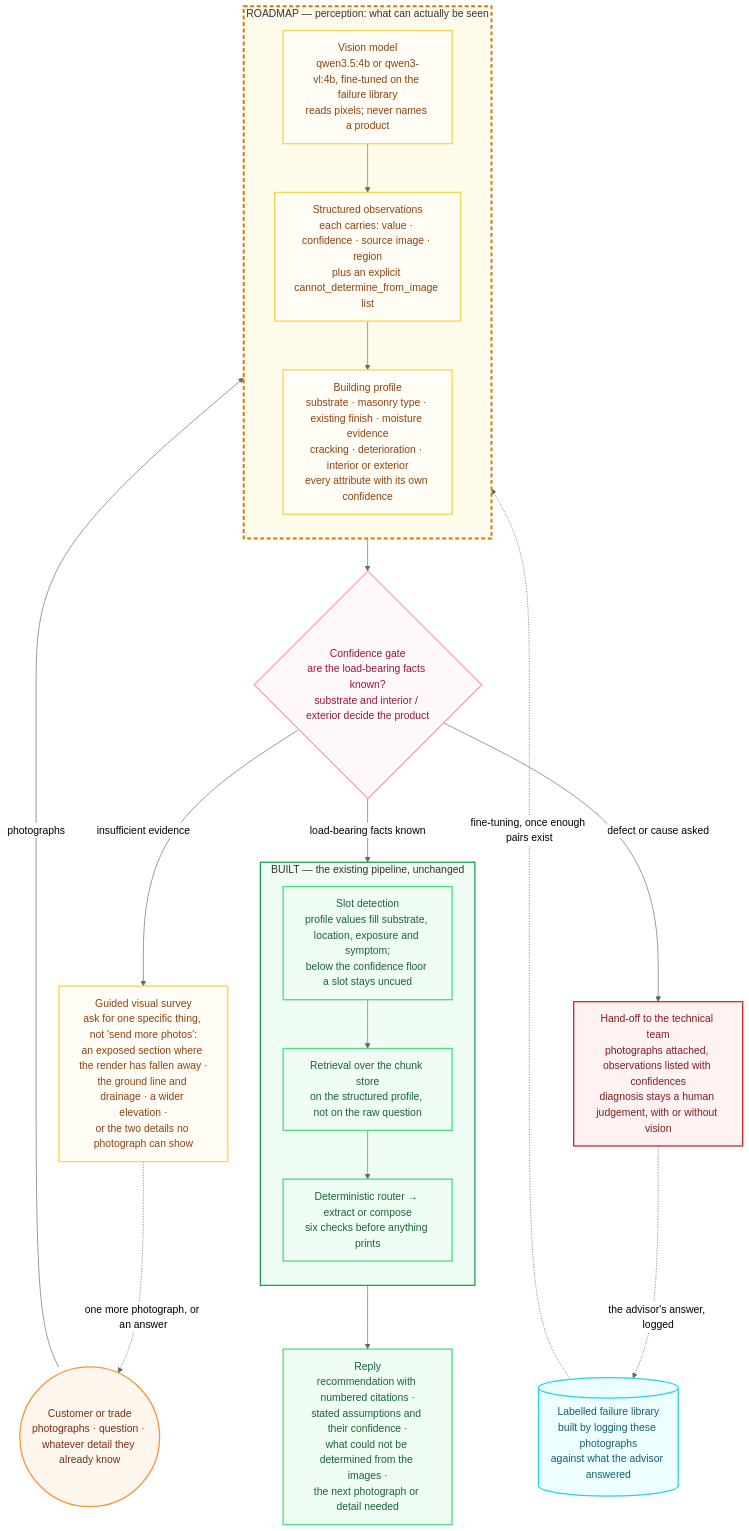
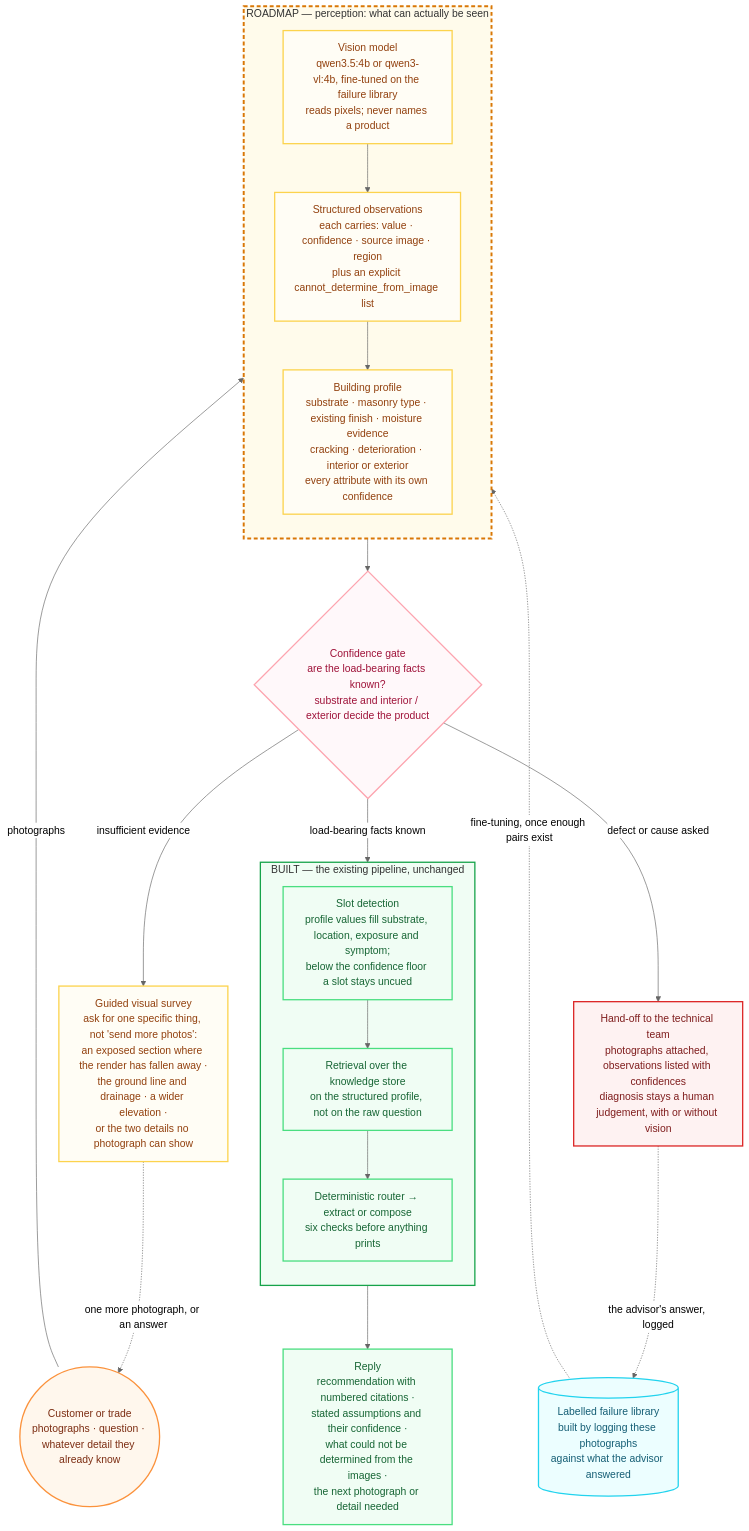
One commit to AathiraTD/technical-knowledge-assistant changed the third of 3 diagrams in docs/architecture.md. Above: the diagram before and after it, drawn with Mermaid (neutral theme). The commit also changed other lines of this file and 6 other files, not shown here.

First line of the commit message:
Reflect the storage decision across the diagrams and documents

````diff
--- a/docs/architecture.md
+++ b/docs/architecture.md
@@ -221,55 +221,55 @@
 ```mermaid
 flowchart TD
     classDef roadmap fill:#fffdf5,stroke:#fcd34d,color:#92400e,stroke-width:2px
     classDef built fill:#f0fdf4,stroke:#4ade80,color:#166534,stroke-width:2px
     classDef gate fill:#fff8fa,stroke:#fda4af,color:#9f1239,stroke-width:2px
     classDef human fill:#fef2f2,stroke:#dc2626,color:#7f1d1d,stroke-width:2px
     classDef data fill:#ecfeff,stroke:#22d3ee,color:#155e75,stroke-width:2px
     classDef person fill:#fff7ed,stroke:#fb923c,color:#7c2d12,stroke-width:2px
 
     USER(("Customer or trade<br/>photographs · question · whatever detail they already know"))
 
     subgraph PERCEPTION["ROADMAP — perception: what can actually be seen"]
         direction TB
         VLM["Vision model<br/>qwen3.5:4b or qwen3-vl:4b, fine-tuned on the failure library<br/>reads pixels; never names a product"]
         OBS["Structured observations<br/>each carries: value · confidence · source image · region<br/>plus an explicit cannot_determine_from_image list"]
         PROFILE["Building profile<br/>substrate · masonry type · existing finish · moisture evidence<br/>cracking · deterioration · interior or exterior<br/>every attribute with its own confidence"]
         VLM --> OBS --> PROFILE
     end
 
     GATE{"Confidence gate<br/>are the load-bearing facts known?<br/>substrate and interior / exterior decide the product"}
     ELICIT["Guided visual survey<br/>ask for one specific thing, not 'send more photos':<br/>an exposed section where the render has fallen away ·<br/>the ground line and drainage · a wider elevation ·<br/>or the two details no photograph can show"]
 
     subgraph BUILTPIPE["BUILT — the existing pipeline, unchanged"]
         direction TB
         SLOTS2["Slot detection<br/>profile values fill substrate, location, exposure and symptom;<br/>below the confidence floor a slot stays uncued"]
-        RETR["Retrieval over the chunk store<br/>on the structured profile, not on the raw question"]
+        RETR["Retrieval over the knowledge store<br/>on the structured profile, not on the raw question"]
         ENGINE["Deterministic router → extract or compose<br/>six checks before anything prints"]
         SLOTS2 --> RETR --> ENGINE
     end
 
     HUMAN["Hand-off to the technical team<br/>photographs attached, observations listed with confidences<br/>diagnosis stays a human judgement, with or without vision"]
     LIB[("Labelled failure library<br/>built by logging these photographs<br/>against what the advisor answered")]
 
     OUT["Reply<br/>recommendation with numbered citations ·<br/>stated assumptions and their confidence ·<br/>what could not be determined from the images ·<br/>the next photograph or detail needed"]
 
     USER -->|"photographs"| VLM
     PROFILE --> GATE
     GATE -->|"insufficient evidence"| ELICIT
     ELICIT -.->|"one more photograph, or an answer"| USER
     GATE -->|"load-bearing facts known"| SLOTS2
     GATE -->|"defect or cause asked"| HUMAN
     ENGINE --> OUT
     HUMAN -.->|"the advisor's answer, logged"| LIB
     LIB -.->|"fine-tuning, once enough pairs exist"| VLM
 
     class USER person
     class VLM,OBS,PROFILE,ELICIT roadmap
     class SLOTS2,RETR,ENGINE,OUT built
     class GATE gate
     class HUMAN human
     class LIB data
 
     style PERCEPTION fill:#fffbeb,stroke:#d97706,stroke-width:3px,stroke-dasharray:6 4
     style BUILTPIPE fill:#f0fdf4,stroke:#16a34a,stroke-width:2px
 ```
````
